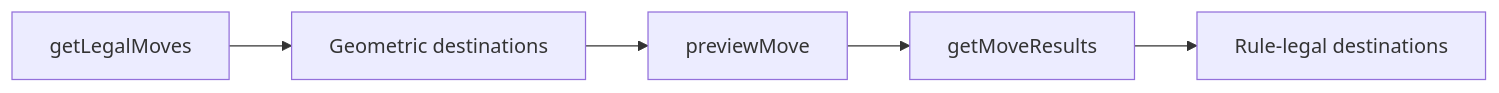
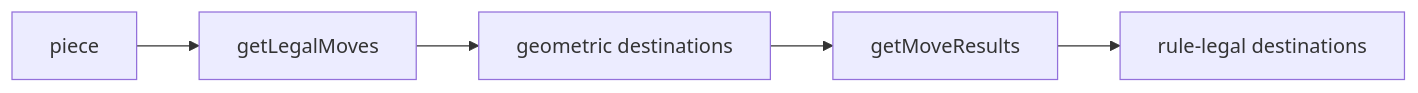
The fourth of 7 diagrams in ENGINE_ARCHITECTURE_REK_KHMER.md (machxanht/Rek-Khmer-Chess), drawn with Mermaid before and after one commit. The commit also changed other lines of this file and 13 other files, not shown here.

````diff
--- a/ENGINE_ARCHITECTURE_REK_KHMER.md
+++ b/ENGINE_ARCHITECTURE_REK_KHMER.md
@@ -194,7 +208,7 @@
 ```mermaid
 flowchart LR
-    GL[getLegalMoves] --> GEO[Geometric destinations]
-    GEO --> PM[previewMove]
-    PM --> GMR[getMoveResults]
-    GMR --> RULE[Rule-legal destinations]
+    P[piece] --> GEO[getLegalMoves]
+    GEO --> G[geometric destinations]
+    G --> RULE[getMoveResults]
+    RULE --> R[rule-legal destinations]
 ```
````
